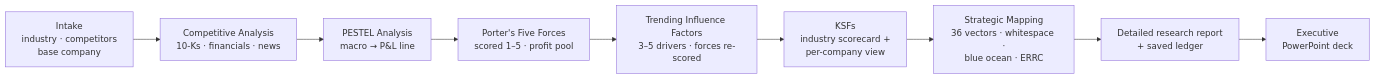
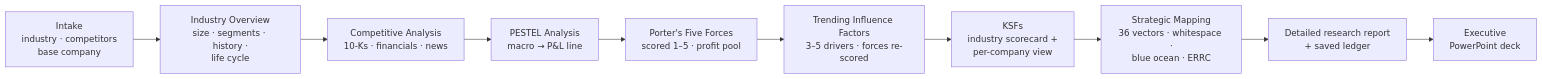
The diagram in README.md (Brads777/Strat-IQ-Strategy-Toolkit), drawn with Mermaid before and after one commit. The commit also changed other lines of this file and 8 other files, not shown here.

First line of the commit message:
v1.3.0: Industry Overview tool

````diff
--- a/README.md
+++ b/README.md
@@ -20,10 +20,10 @@
 ```mermaid
 flowchart LR
-    A[Intake<br/>industry · competitors<br/>base company] --> B[Competitive Analysis<br/>10-Ks · financials · news]
+    A[Intake<br/>industry · competitors<br/>base company] --> IO[Industry Overview<br/>size · segments · history ·<br/>life cycle] --> B[Competitive Analysis<br/>10-Ks · financials · news]
     B --> C[PESTEL Analysis<br/>macro → P&L line]
     C --> D[Porter's Five Forces<br/>scored 1–5 · profit pool]
     D --> E[Trending Influence Factors<br/>3–5 drivers · forces re-scored]
     E --> F[KSFs<br/>industry scorecard +<br/>per-company view]
     F --> G[Strategic Mapping<br/>36 vectors · whitespace ·<br/>blue ocean · ERRC]
     G --> H[Detailed research report<br/>+ saved ledger] --> I[Executive<br/>PowerPoint deck]
 ```
````
